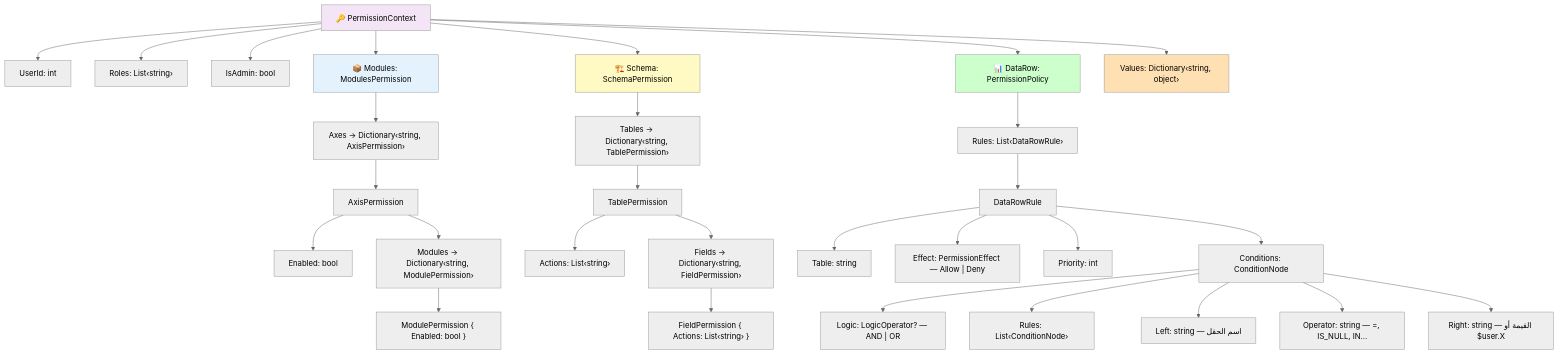
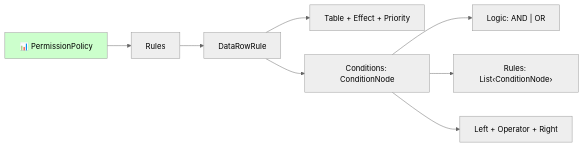
One commit to salahAbdellaoui/MPresentation changed the ninth of 22 diagrams in README.md. Above: the diagram before and after it, drawn with Mermaid (neutral theme). The commit also changed other lines of this file, not shown here.

````diff
--- a/README.md
+++ b/README.md
@@ -435,41 +473,12 @@
 ```mermaid
-graph TD
-    PC["🔑 PermissionContext"]
-    PC --> UID["UserId: int"]
-    PC --> ROLES["Roles: List‹string›"]
-    PC --> ADMIN["IsAdmin: bool"]
-    PC --> MOD["📦 Modules: ModulesPermission"]
-    PC --> SCH["🏗️ Schema: SchemaPermission"]
-    PC --> DR["📊 DataRow: PermissionPolicy"]
-    PC --> VAL["Values: Dictionary‹string, object›"]
+graph LR
+    DR["📊 PermissionPolicy"] --> RULES["Rules"]
+    RULES --> DRR["DataRowRule"]
+    DRR --> DRRT["Table + Effect + Priority"]
+    DRR --> DRRC["Conditions: ConditionNode"]
+    DRRC --> CNL["Logic: AND | OR"]
+    DRRC --> CNR["Rules: List‹ConditionNode›"]
+    DRRC --> LEAF["Left + Operator + Right"]
 
-    MOD --> AXES["Axes → Dictionary‹string, AxisPermission›"]
-    AXES --> AP["AxisPermission"]
-    AP --> APE["Enabled: bool"]
-    AP --> APM["Modules → Dictionary‹string, ModulePermission›"]
-    APM --> MP["ModulePermission { Enabled: bool }"]
-
-    SCH --> TABLES["Tables → Dictionary‹string, TablePermission›"]
-    TABLES --> TP["TablePermission"]
-    TP --> TPA["Actions: List‹string›"]
-    TP --> TPF["Fields → Dictionary‹string, FieldPermission›"]
-    TPF --> FP["FieldPermission { Actions: List‹string› }"]
-
-    DR --> RULES["Rules: List‹DataRowRule›"]
-    RULES --> DRR["DataRowRule"]
-    DRR --> DRRT["Table: string"]
-    DRR --> DRRE["Effect: PermissionEffect — Allow | Deny"]
-    DRR --> DRRP["Priority: int"]
-    DRR --> DRRC["Conditions: ConditionNode"]
-    DRRC --> CNL["Logic: LogicOperator? — AND | OR"]
-    DRRC --> CNR["Rules: List‹ConditionNode›"]
-    DRRC --> CNLF["Left: string — اسم الحقل"]
-    DRRC --> CNO["Operator: string — =, IS_NULL, IN..."]
-    DRRC --> CNRT["Right: string — القيمة أو $user.X"]
-
-    style PC fill:#f3e5f5
-    style MOD fill:#e3f2fd
-    style SCH fill:#fff9c4
     style DR fill:#ccffcc
-    style VAL fill:#ffe0b2
 ```
````
